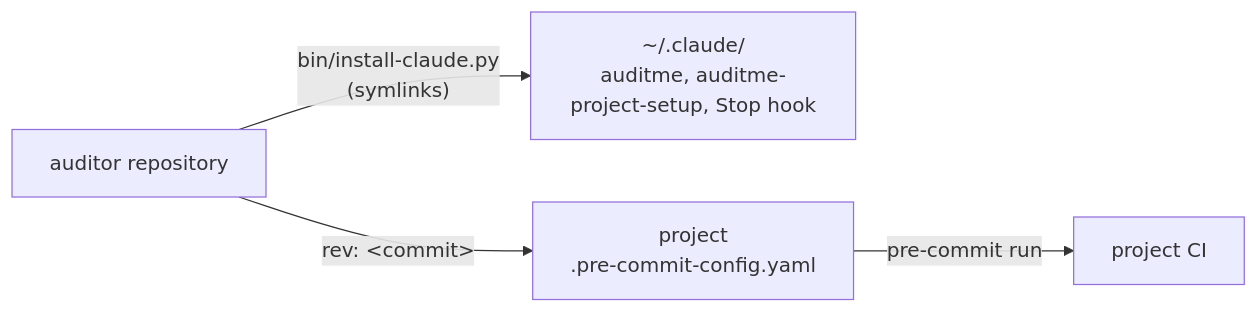
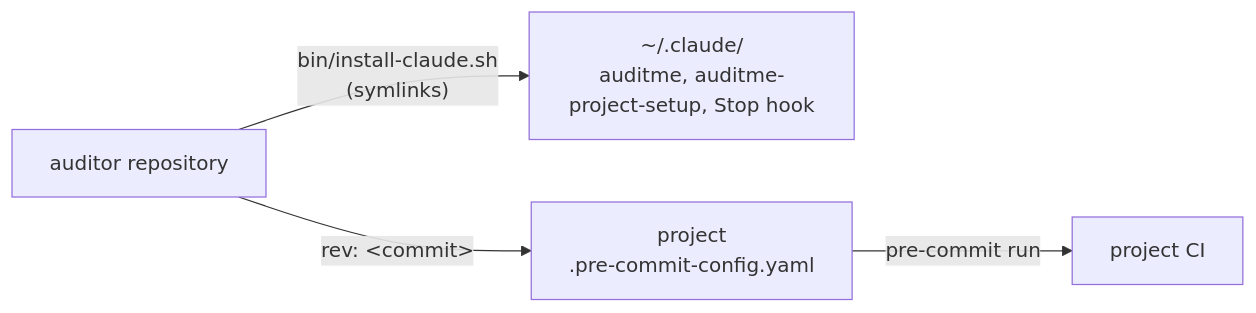
The diagram in docs/concepts.md (bnomis/auditor), drawn with Mermaid before and after one commit. The commit also changed other lines of this file and 12 other files, not shown here.

First line of the commit message:
build: install with the shared install-in-claude

````diff
--- a/docs/concepts.md
+++ b/docs/concepts.md
@@ -6,10 +6,10 @@
 ```mermaid
 flowchart LR
     repo["auditor repository"]
     home["~/.claude/<br>auditme, auditme-project-setup, Stop hook"]
     proj["project<br>.pre-commit-config.yaml"]
     ci["project CI"]
-    repo -- "bin/install-claude.py<br>(symlinks)" --> home
+    repo -- "bin/install-claude.sh<br>(symlinks)" --> home
     repo -- "rev: &lt;commit&gt;" --> proj
     proj -- "pre-commit run" --> ci
 ```
````
